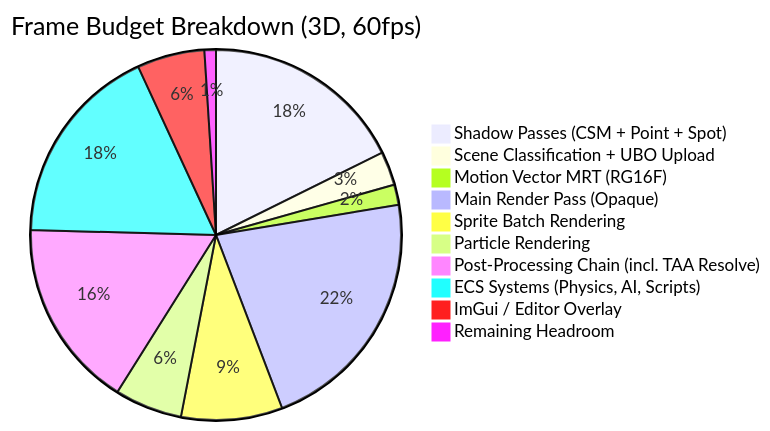
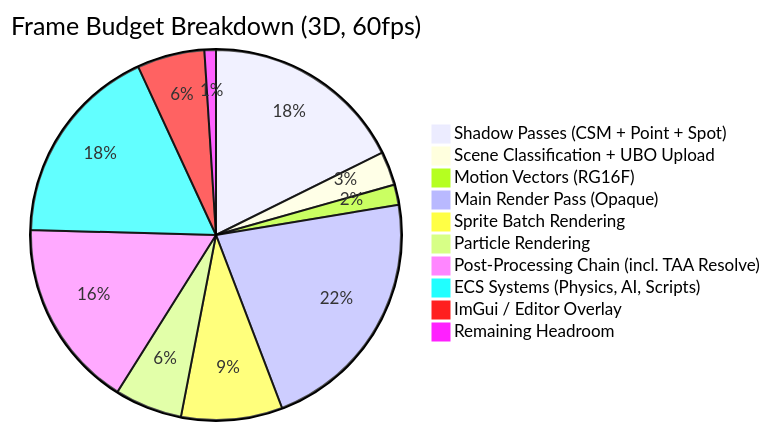
The fourth of 5 diagrams in docs/ENGINE_ANALYSIS.md (MartyChouette/TEGE), drawn with Mermaid before and after one commit. The commit also changed other lines of this file and 2 other files, not shown here.

````diff
--- a/docs/ENGINE_ANALYSIS.md
+++ b/docs/ENGINE_ANALYSIS.md
@@ -1024,13 +1024,13 @@
 ```mermaid
 pie title Frame Budget Breakdown (3D, 60fps)
     "Shadow Passes (CSM + Point + Spot)" : 3.0
     "Scene Classification + UBO Upload" : 0.5
-    "Motion Vector MRT (RG16F)" : 0.3
+    "Motion Vectors (RG16F)" : 0.3
     "Main Render Pass (Opaque)" : 3.7
     "Sprite Batch Rendering" : 1.5
     "Particle Rendering" : 1.0
     "Post-Processing Chain (incl. TAA Resolve)" : 2.8
     "ECS Systems (Physics, AI, Scripts)" : 3.0
     "ImGui / Editor Overlay" : 1.0
     "Remaining Headroom" : 0.17
 ```
````
